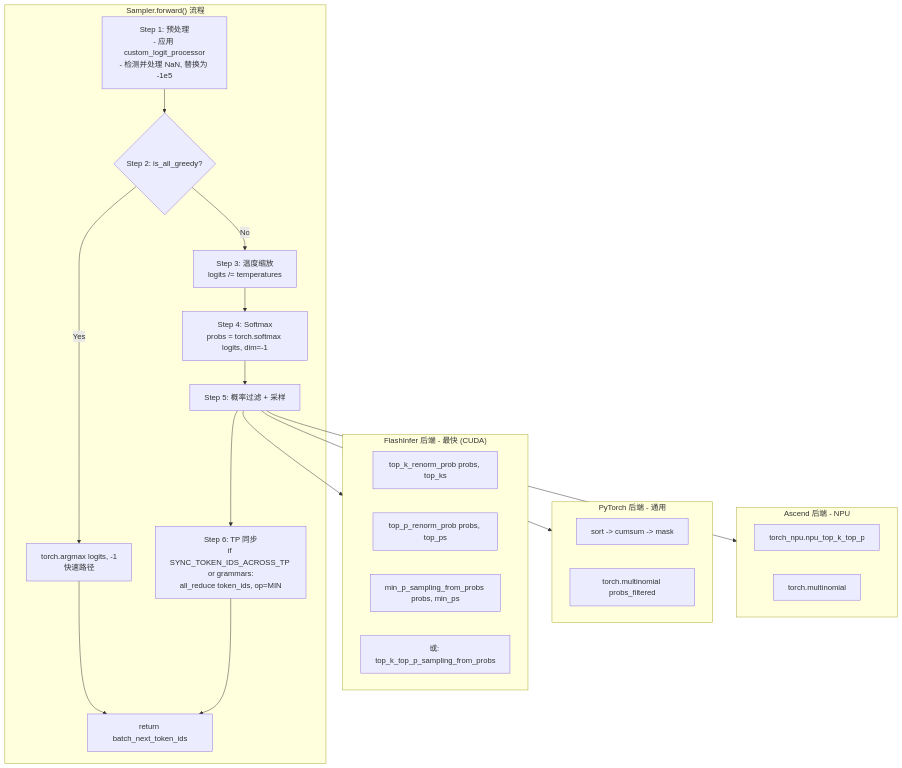
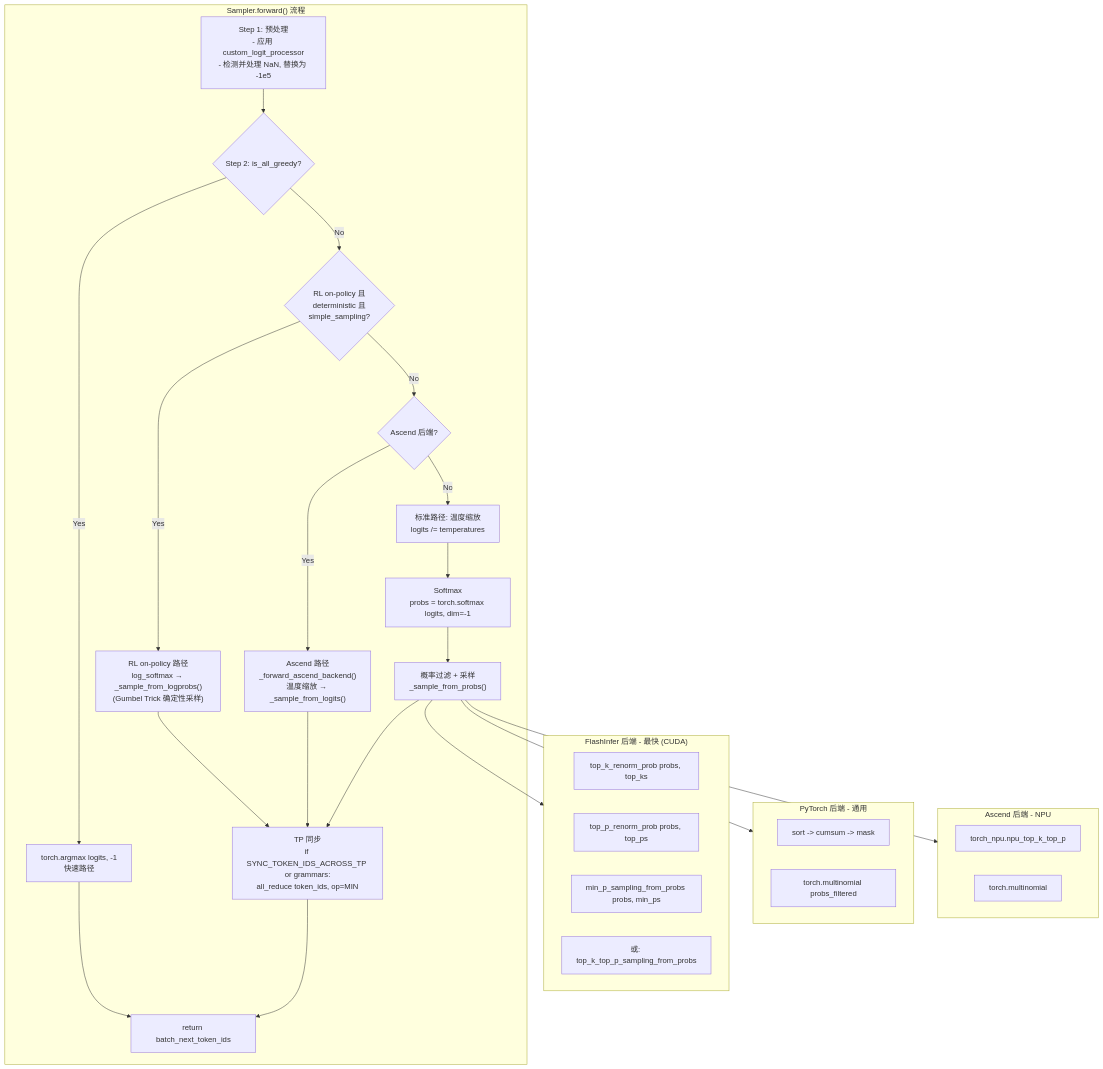
Before and after one commit to wesleyck/AIInfraNotes: the third of 4 diagrams in SGLang/19-sampling-and-generation.md, drawn with Mermaid. The commit also changed other lines of this file and 26 other files, not shown here.

````diff
--- a/SGLang/19-sampling-and-generation.md
+++ b/SGLang/19-sampling-and-generation.md
@@ -337,35 +352,41 @@
 ```mermaid
 flowchart TD
     subgraph SamplerForward["Sampler.forward() 流程"]
         S1["Step 1: 预处理<br/>- 应用 custom_logit_processor<br/>- 检测并处理 NaN, 替换为 -1e5"]
         S1 --> S2{"Step 2: is_all_greedy?"}
         S2 -->|Yes| S2Y["torch.argmax logits, -1<br/>快速路径"]
-        S2 -->|No| S3["Step 3: 温度缩放<br/>logits /= temperatures"]
-        S3 --> S4["Step 4: Softmax<br/>probs = torch.softmax logits, dim=-1"]
-        S4 --> S5["Step 5: 概率过滤 + 采样"]
-        S5 --> S6["Step 6: TP 同步<br/>if SYNC_TOKEN_IDS_ACROSS_TP or grammars:<br/>all_reduce token_ids, op=MIN"]
+        S2 -->|No| S2B{"RL on-policy 且<br/>deterministic 且<br/>simple_sampling?"}
+        S2B -->|Yes| S2C["RL on-policy 路径<br/>log_softmax → _sample_from_logprobs()<br/>(Gumbel Trick 确定性采样)"]
+        S2B -->|No| S2D{"Ascend 后端?"}
+        S2D -->|Yes| S2E["Ascend 路径<br/>_forward_ascend_backend()<br/>温度缩放 → _sample_from_logits()"]
+        S2D -->|No| S3["标准路径: 温度缩放<br/>logits /= temperatures"]
+        S3 --> S4["Softmax<br/>probs = torch.softmax logits, dim=-1"]
+        S4 --> S5["概率过滤 + 采样<br/>_sample_from_probs()"]
+        S2C --> S6["TP 同步<br/>if SYNC_TOKEN_IDS_ACROSS_TP or grammars:<br/>all_reduce token_ids, op=MIN"]
+        S2E --> S6
+        S5 --> S6
         S2Y --> Result["return batch_next_token_ids"]
         S6 --> Result
     end
 
     subgraph FlashInfer["FlashInfer 后端 - 最快 (CUDA)"]
         F1["top_k_renorm_prob probs, top_ks"]
         F2["top_p_renorm_prob probs, top_ps"]
         F3["min_p_sampling_from_probs probs, min_ps"]
         F4["或: top_k_top_p_sampling_from_probs"]
     end
 
     subgraph PyTorch["PyTorch 后端 - 通用"]
         P1["sort -> cumsum -> mask"]
         P2["torch.multinomial probs_filtered"]
     end
 
     subgraph Ascend["Ascend 后端 - NPU"]
         A1["torch_npu.npu_top_k_top_p"]
         A2["torch.multinomial"]
     end
 
     S5 --> FlashInfer
     S5 --> PyTorch
     S5 --> Ascend
 ```
````
